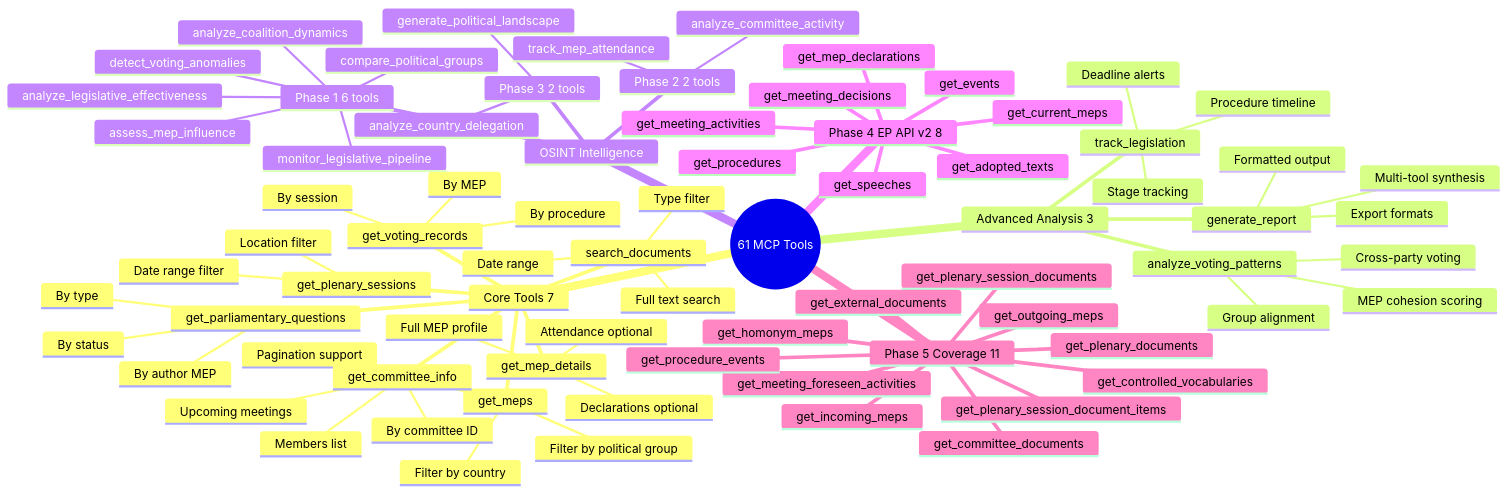
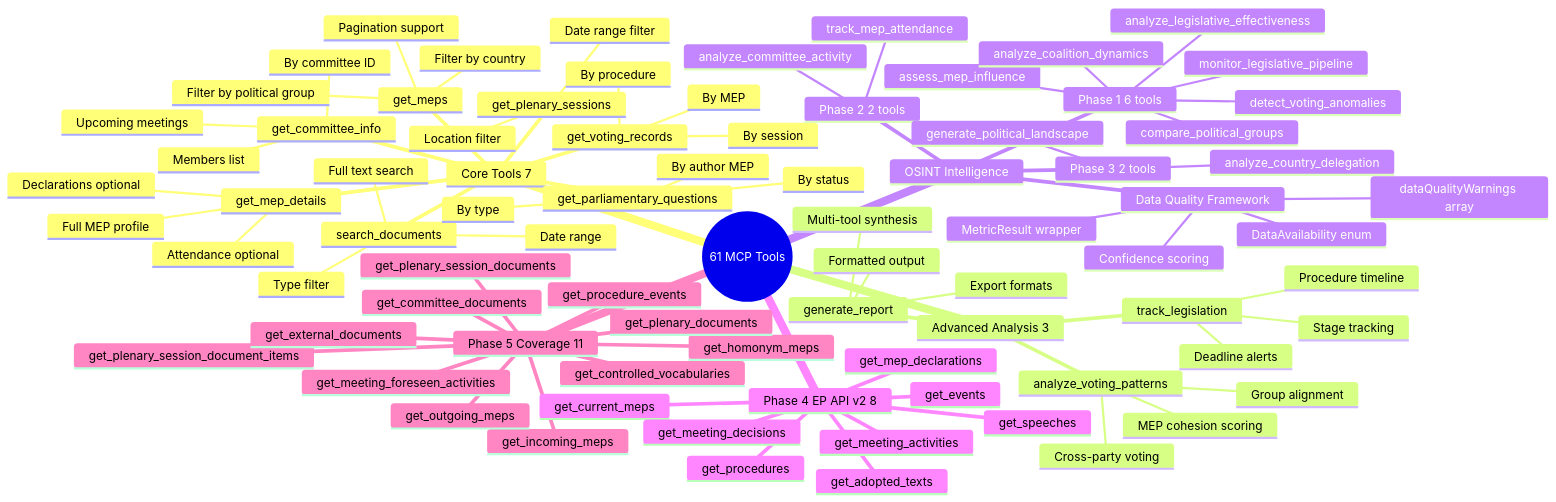
The third of 5 diagrams in MINDMAP.md (Hack23/European-Parliament-MCP-Server), drawn with Mermaid before and after one commit. The commit also changed other lines of this file and 6 other files, not shown here.

First line of the commit message:
Update architecture documentation to reflect correctness improvements (#279-#286)

```diff
--- a/MINDMAP.md
+++ b/MINDMAP.md
@@ -282,6 +284,11 @@
       Phase 3 2 tools
         analyze_country_delegation
         generate_political_landscape
+      Data Quality Framework
+        DataAvailability enum
+        dataQualityWarnings array
+        MetricResult wrapper
+        Confidence scoring
     Phase 4 EP API v2 8
       get_current_meps
       get_speeches
```
